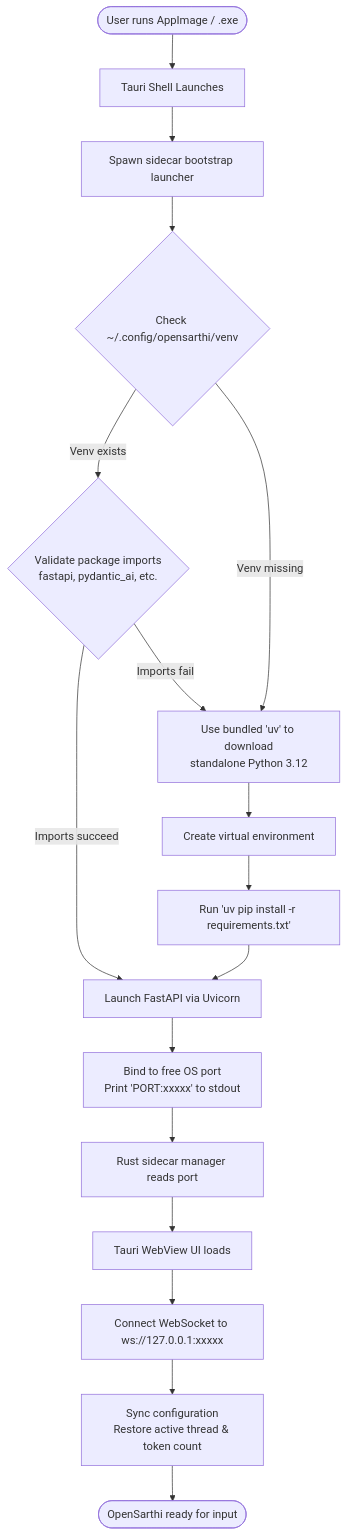
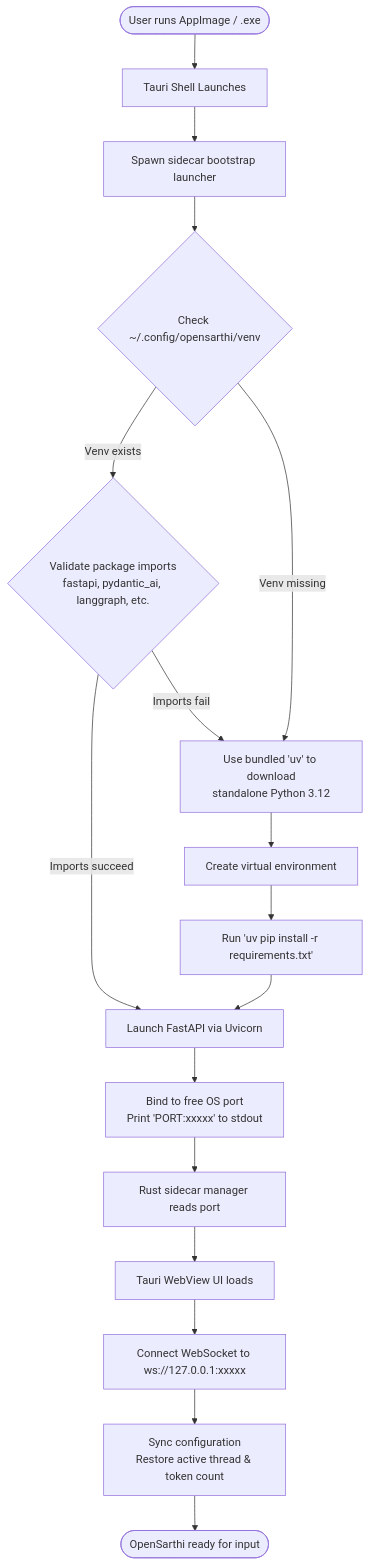
Before and after one commit to OpenSarthi/opensarthi: the first of 12 diagrams in docs/03_agentic_flow.md, drawn with Mermaid. The commit also changed other lines of this file and 3 other files, not shown here.

````diff
--- a/docs/03_agentic_flow.md
+++ b/docs/03_agentic_flow.md
@@ -11,23 +13,23 @@
 ```mermaid
 flowchart TD
     START([User runs AppImage / .exe]) --> TAURI[Tauri Shell Launches]
     TAURI --> SPAWN[Spawn sidecar bootstrap launcher]
     
     SPAWN --> PATH_CHECK{Check ~/.config/opensarthi/venv}
-    PATH_CHECK -->|Venv exists| IMPORT_CHECK{Validate package imports\nfastapi, pydantic_ai, etc.}
+    PATH_CHECK -->|Venv exists| IMPORT_CHECK{Validate package imports\nfastapi, pydantic_ai, langgraph, etc.}
     PATH_CHECK -->|Venv missing| SETUP_VENV[Use bundled 'uv' to download\nstandalone Python 3.12]
     
     IMPORT_CHECK -->|Imports succeed| BOOT_FASTAPI[Launch FastAPI via Uvicorn]
     IMPORT_CHECK -->|Imports fail| SETUP_VENV
     
     SETUP_VENV --> VENV_CREATE[Create virtual environment]
     VENV_CREATE --> PIP_INSTALL[Run 'uv pip install -r requirements.txt']
     PIP_INSTALL --> BOOT_FASTAPI
     
     BOOT_FASTAPI --> PORT_NEG[Bind to free OS port\nPrint 'PORT:xxxxx' to stdout]
     PORT_NEG --> RUST_READ[Rust sidecar manager reads port]
     RUST_READ --> WEBVIEW[Tauri WebView UI loads]
     WEBVIEW --> WS_CONNECT[Connect WebSocket to ws://127.0.0.1:xxxxx]
     WS_CONNECT --> SYNC_SETTINGS[Sync configuration\nRestore active thread & token count]
     SYNC_SETTINGS --> READY([OpenSarthi ready for input])
 ```
````
